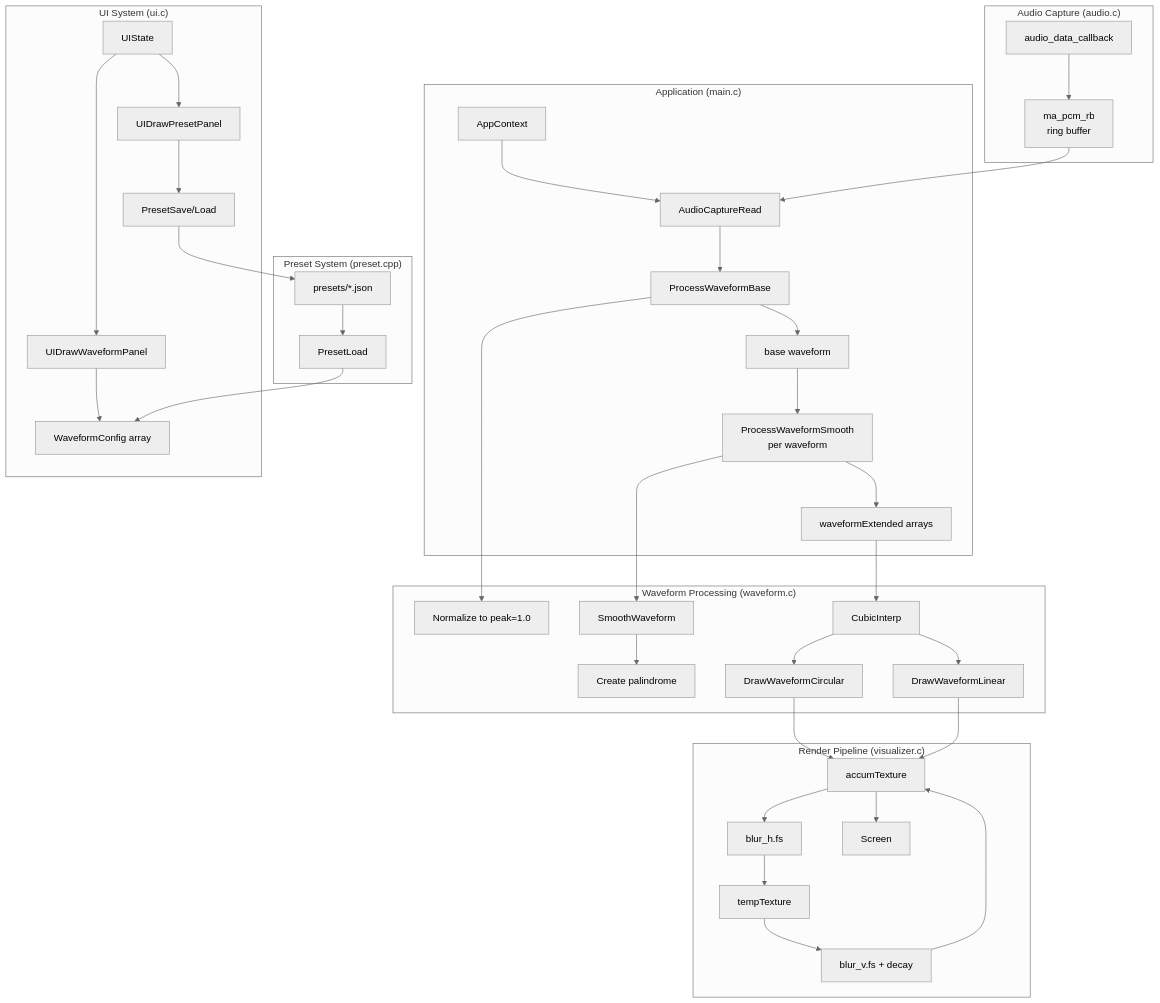
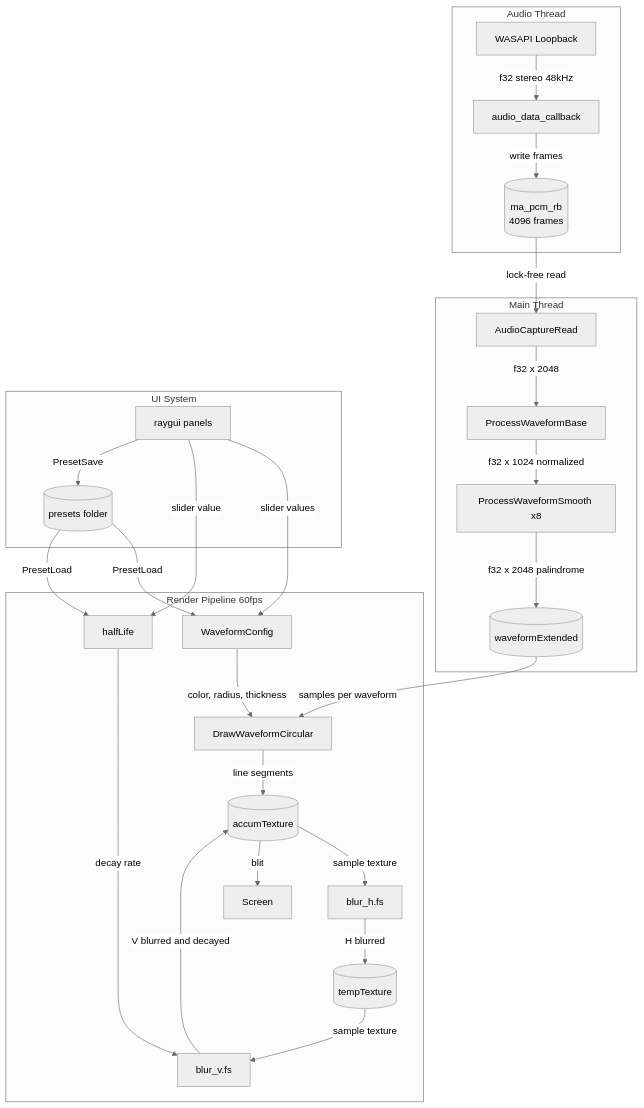
The diagram in docs/architecture.md (EvanLavender13/audio-jones), drawn with Mermaid (neutral theme) before and after one commit. The commit also changed other lines of this file and 3 other files, not shown here.

First line of the commit message:
Fix architecture diagram and add idempotency rules to sync command

````diff
--- a/docs/architecture.md
+++ b/docs/architecture.md
@@ -11,48 +11,34 @@
 ```mermaid
 flowchart TD
-    subgraph Audio["Audio Capture (audio.c)"]
-        CB[audio_data_callback] --> RB[ma_pcm_rb<br/>ring buffer]
+    subgraph AudioThread[Audio Thread]
+        WASAPI[WASAPI Loopback] -->|f32 stereo 48kHz| CB[audio_data_callback]
+        CB -->|write frames| RB[(ma_pcm_rb<br/>4096 frames)]
     end
 
-    subgraph Main["Application (main.c)"]
-        CTX[AppContext] --> RD[AudioCaptureRead]
-        RD --> PWB[ProcessWaveformBase]
-        PWB --> WF[base waveform]
-        WF --> PWS[ProcessWaveformSmooth<br/>per waveform]
-        PWS --> WFE[waveformExtended arrays]
+    subgraph MainLoop[Main Thread]
+        RB -->|lock-free read| READ[AudioCaptureRead]
+        READ -->|f32 x 2048| BASE[ProcessWaveformBase]
+        BASE -->|f32 x 1024 normalized| SMOOTH[ProcessWaveformSmooth x8]
+        SMOOTH -->|f32 x 2048 palindrome| EXT[(waveformExtended)]
     end
 
-    subgraph Waveform["Waveform Processing (waveform.c)"]
-        PWB --> NRM[Normalize to peak=1.0]
-        PWS --> SM[SmoothWaveform]
-        SM --> PAL[Create palindrome]
-        WFE --> CI[CubicInterp]
-        CI --> DWC[DrawWaveformCircular]
-        CI --> DWL[DrawWaveformLinear]
+    subgraph RenderPipe[Render Pipeline 60fps]
+        EXT -->|samples per waveform| DRAW[DrawWaveformCircular]
+        CFG[WaveformConfig] -->|color, radius, thickness| DRAW
+        DRAW -->|line segments| ACC[(accumTexture)]
+        ACC -->|sample texture| BH[blur_h.fs]
+        BH -->|H blurred| TMP[(tempTexture)]
+        TMP -->|sample texture| BV[blur_v.fs]
+        HL[halfLife] -->|decay rate| BV
+        BV -->|V blurred and decayed| ACC
+        ACC -->|blit| SCR[Screen]
     end
 
-    subgraph Visualizer["Render Pipeline (visualizer.c)"]
-        AT[accumTexture] --> BH[blur_h.fs]
-        BH --> TT[tempTexture]
-        TT --> BV[blur_v.fs + decay]
-        BV --> AT
-        DWC --> AT
-        DWL --> AT
-        AT --> SC[Screen]
+    subgraph UILayer[UI System]
+        PNL[raygui panels] -->|slider values| CFG
+        PNL -->|slider value| HL
+        PNL -->|PresetSave| DISK[(presets folder)]
+        DISK -->|PresetLoad| CFG
+        DISK -->|PresetLoad| HL
     end
-
-    subgraph UI["UI System (ui.c)"]
-        UIS[UIState] --> WP[UIDrawWaveformPanel]
-        UIS --> PP[UIDrawPresetPanel]
-        WP --> CFG[WaveformConfig array]
-        PP --> PS[PresetSave/Load]
-    end
-
-    subgraph Preset["Preset System (preset.cpp)"]
-        PS --> JSON[presets/*.json]
-        JSON --> PL[PresetLoad]
-        PL --> CFG
-    end
-
-    RB --> RD
 ```
````
